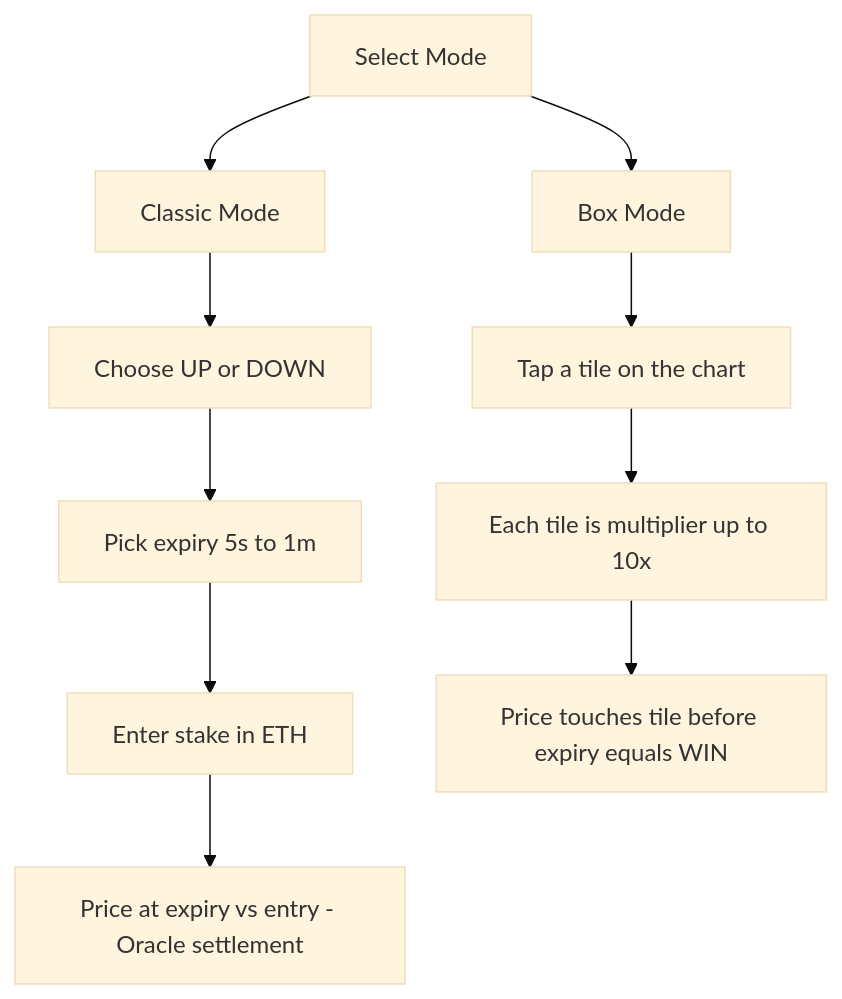
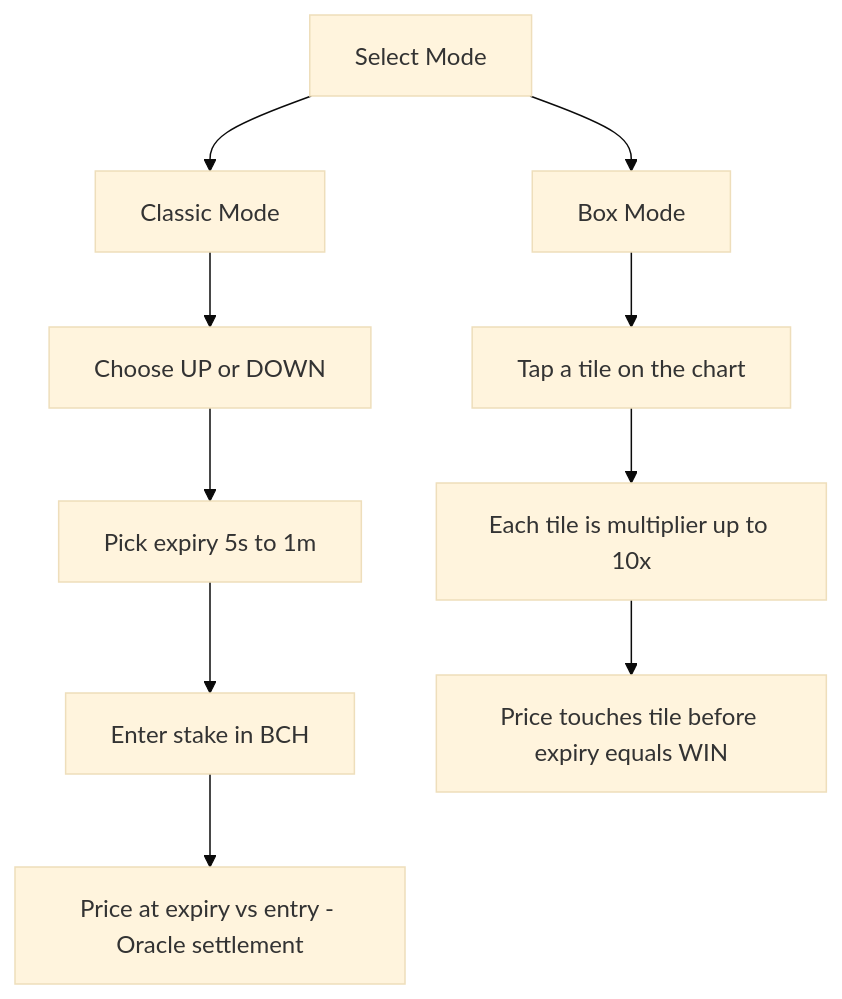
One commit to AmaanSayyad/Bchnomo changed the fourth of 4 diagrams in README.md. Above: the diagram before and after it, drawn with Mermaid (base theme). The commit also changed other lines of this file and 52 other files, not shown here.

````diff
--- a/README.md
+++ b/README.md
@@ -180,14 +180,14 @@
 ```mermaid
 flowchart TD
     Start[Select Mode] --> Classic[Classic Mode]
     Start --> Box[Box Mode]
 
     Classic --> C1[Choose UP or DOWN]
     C1 --> C2[Pick expiry 5s to 1m]
-    C2 --> C3[Enter stake in ETH]
+    C2 --> C3[Enter stake in BCH]
     C3 --> C4[Price at expiry vs entry - Oracle settlement]
 
     Box --> B1[Tap a tile on the chart]
     B1 --> B2[Each tile is multiplier up to 10x]
     B2 --> B3[Price touches tile before expiry equals WIN]
 ```
````
